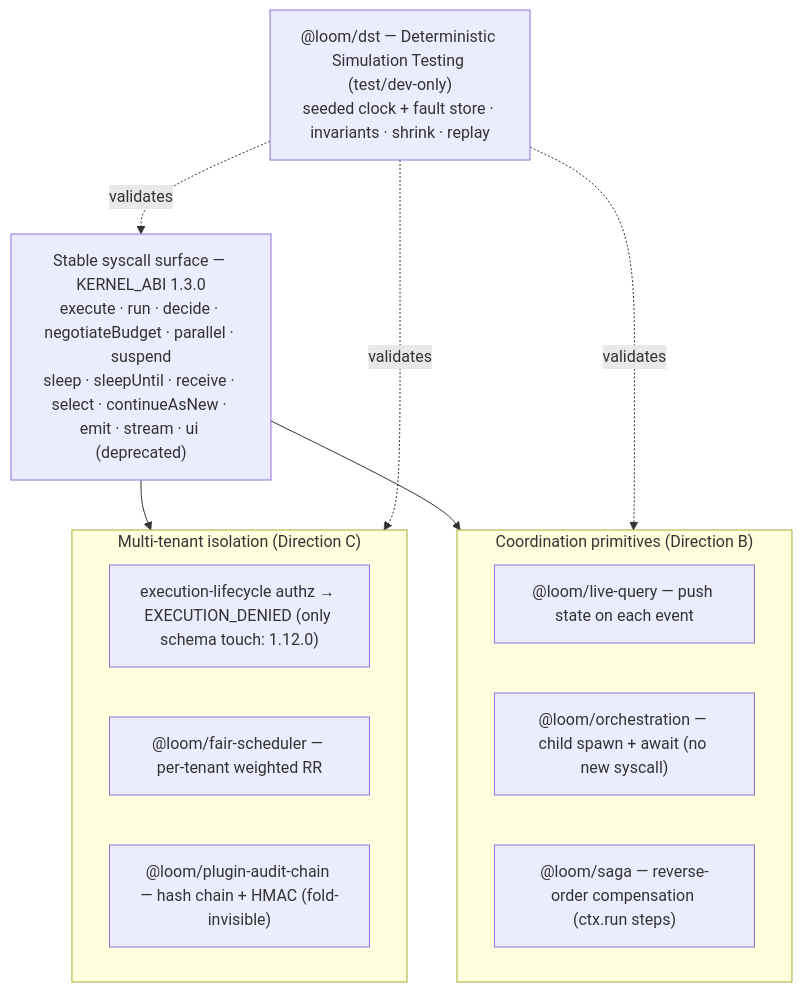
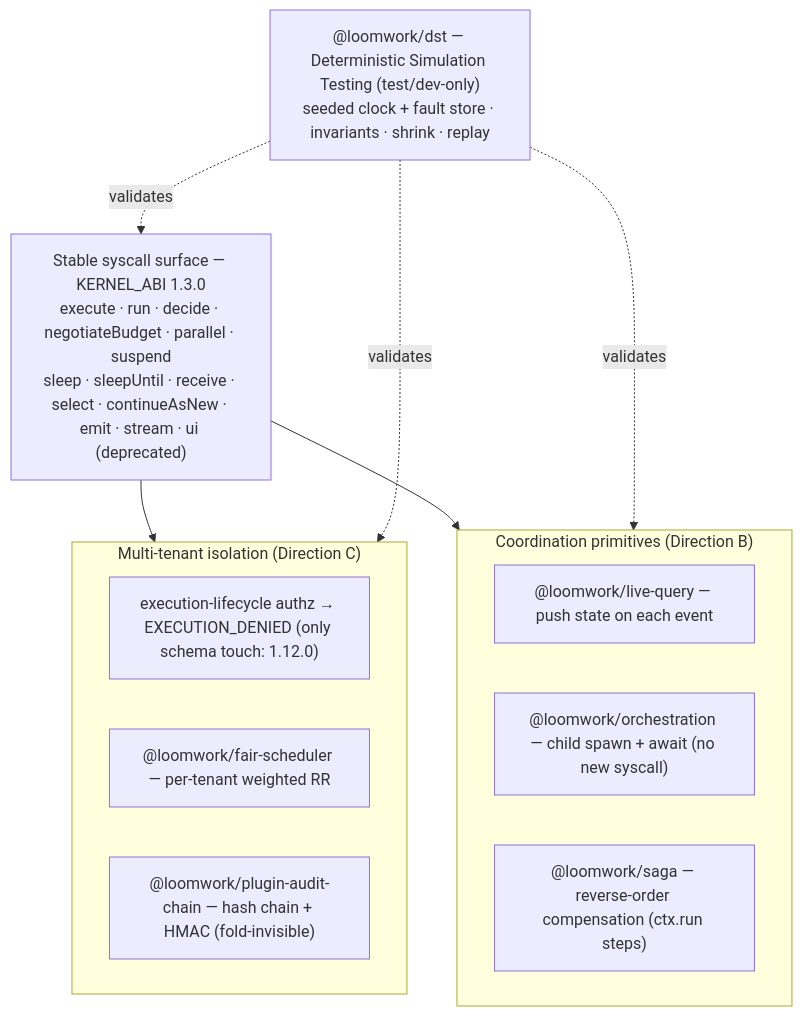
Before and after one commit to chhetrisushil/loom: diagram 12 of 13 in docs/architecture.md, drawn with Mermaid. The commit also changed other lines of this file and 1495 other files, not shown here.

First line of the commit message:
feat(release)!: rename @loom/* to @loomwork/* for npm (ADR 0148)

````diff
--- a/docs/architecture.md
+++ b/docs/architecture.md
@@ -581,24 +581,24 @@
 ```mermaid
 flowchart TB
   Sys["Stable syscall surface — KERNEL_ABI 1.3.0<br/>execute · run · decide · negotiateBudget · parallel · suspend<br/>sleep · sleepUntil · receive · select · continueAsNew · emit · stream · ui (deprecated)"]
 
   subgraph Iso["Multi-tenant isolation (Direction C)"]
     AZ["execution-lifecycle authz → EXECUTION_DENIED (only schema touch: 1.12.0)"]
-    FS["@loom/fair-scheduler — per-tenant weighted RR"]
-    AC["@loom/plugin-audit-chain — hash chain + HMAC (fold-invisible)"]
+    FS["@loomwork/fair-scheduler — per-tenant weighted RR"]
+    AC["@loomwork/plugin-audit-chain — hash chain + HMAC (fold-invisible)"]
   end
 
   subgraph Coord["Coordination primitives (Direction B)"]
-    LQ["@loom/live-query — push state on each event"]
-    OR["@loom/orchestration — child spawn + await (no new syscall)"]
-    SG["@loom/saga — reverse-order compensation (ctx.run steps)"]
+    LQ["@loomwork/live-query — push state on each event"]
+    OR["@loomwork/orchestration — child spawn + await (no new syscall)"]
+    SG["@loomwork/saga — reverse-order compensation (ctx.run steps)"]
   end
 
-  DST["@loom/dst — Deterministic Simulation Testing (test/dev-only)<br/>seeded clock + fault store · invariants · shrink · replay"]
+  DST["@loomwork/dst — Deterministic Simulation Testing (test/dev-only)<br/>seeded clock + fault store · invariants · shrink · replay"]
 
   Sys --> Iso
   Sys --> Coord
   DST -.validates.-> Iso
   DST -.validates.-> Coord
   DST -.validates.-> Sys
 ```
````
